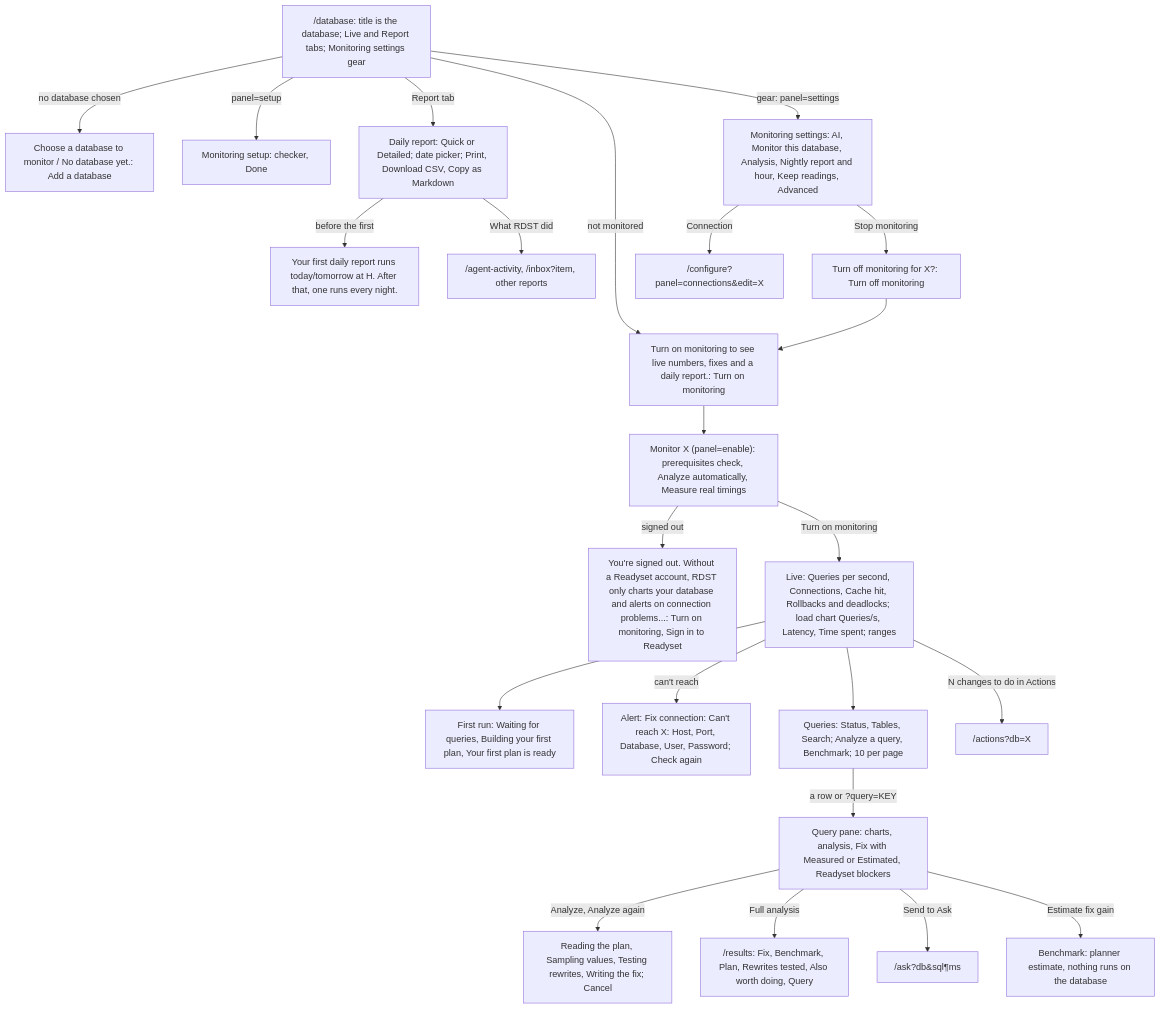
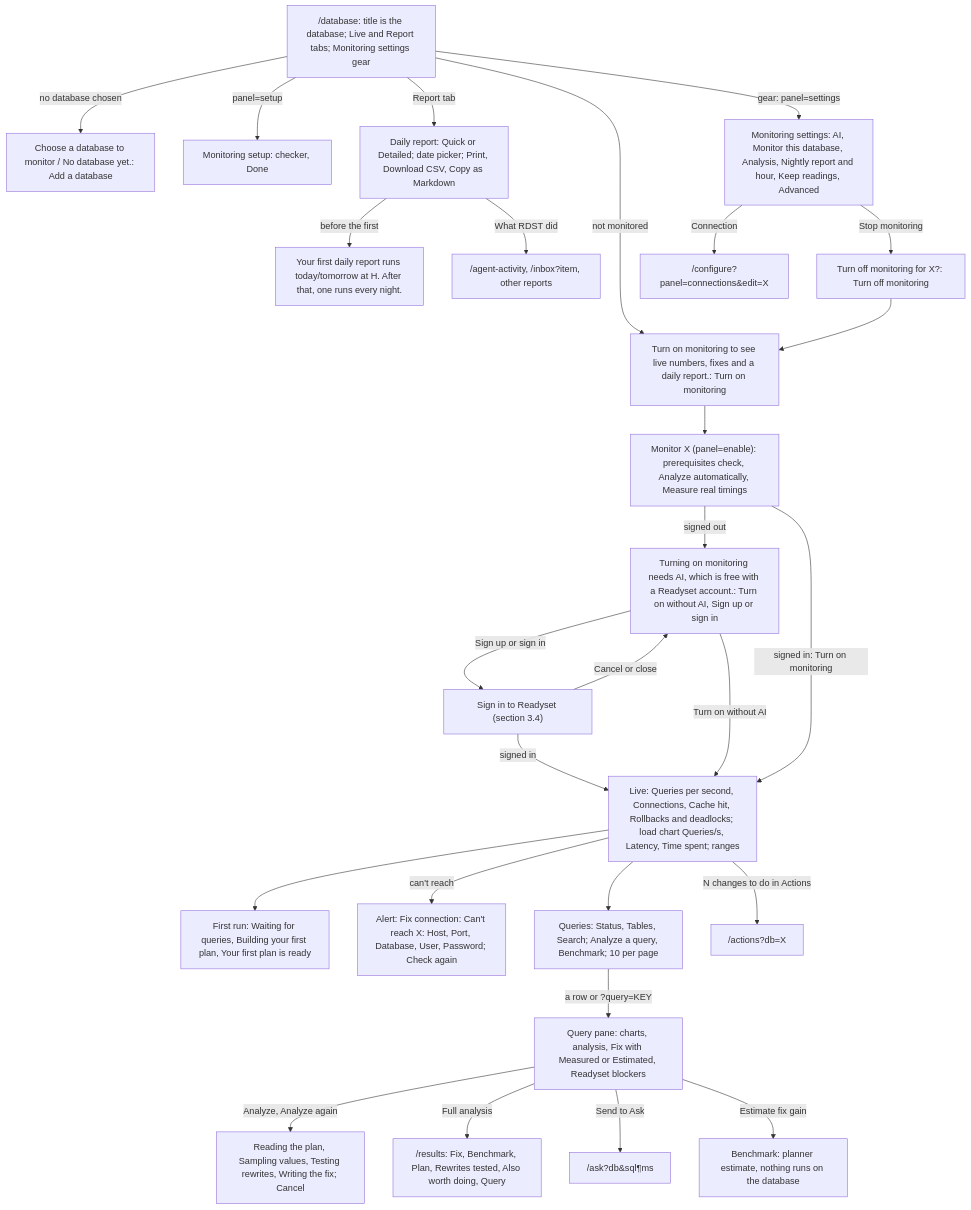
One commit to readysettech/rdst changed diagram 15 of 16 in web/relentless/UX_MAP.md. Above: the diagram before and after it, drawn with Mermaid. The commit also changed other lines of this file and 32 other files, not shown here.

````diff
--- a/web/relentless/UX_MAP.md
+++ b/web/relentless/UX_MAP.md
@@ -569,25 +580,29 @@
 ```mermaid
 flowchart TD
   db["/database: title is the database; Live and Report tabs; Monitoring settings gear"] -->|"no database chosen"| choose["Choose a database to monitor / No database yet.: Add a database"]
   db -->|"not monitored"| off["Turn on monitoring to see live numbers, fixes and a daily report.: Turn on monitoring"]
   off --> enable["Monitor X (panel=enable): prerequisites check, Analyze automatically, Measure real timings"]
-  enable -->|"signed out"| so["You're signed out. Without a Readyset account, RDST only charts your database and alerts on connection problems...: Turn on monitoring, Sign in to Readyset"]
-  enable -->|"Turn on monitoring"| live
+  enable -->|"signed out"| so["Turning on monitoring needs AI, which is free with a Readyset account.: Turn on without AI, Sign up or sign in"]
+  so -->|"Sign up or sign in"| so_dlg["Sign in to Readyset (section 3.4)"]
+  so_dlg -->|"signed in"| live
+  so_dlg -->|"Cancel or close"| so
+  so -->|"Turn on without AI"| live
+  enable -->|"signed in: Turn on monitoring"| live
   db -->|"panel=setup"| setup["Monitoring setup: checker, Done"]
   live["Live: Queries per second, Connections, Cache hit, Rollbacks and deadlocks; load chart Queries/s, Latency, Time spent; ranges"] --> first["First run: Waiting for queries, Building your first plan, Your first plan is ready"]
   live -->|"can't reach"| repair["Alert: Fix connection: Can't reach X: Host, Port, Database, User, Password; Check again"]
   live --> qlist["Queries: Status, Tables, Search; Analyze a query, Benchmark; 10 per page"]
   qlist -->|"a row or ?query=KEY"| detail["Query pane: charts, analysis, Fix with Measured or Estimated, Readyset blockers"]
   detail -->|"Analyze, Analyze again"| analyzing["Reading the plan, Sampling values, Testing rewrites, Writing the fix; Cancel"]
   detail -->|"Full analysis"| results["/results: Fix, Benchmark, Plan, Rewrites tested, Also worth doing, Query"]
   detail -->|"Send to Ask"| ask["/ask?db&sql&params"]
   detail -->|"Estimate fix gain"| bench["Benchmark: planner estimate, nothing runs on the database"]
   live -->|"N changes to do in Actions"| actions["/actions?db=X"]
   db -->|"Report tab"| report["Daily report: Quick or Detailed; date picker; Print, Download CSV, Copy as Markdown"]
   report -->|"before the first"| firstrep["Your first daily report runs today/tomorrow at H. After that, one runs every night."]
   report -->|"What RDST did"| links["/agent-activity, /inbox?item, other reports"]
   db -->|"gear: panel=settings"| pane["Monitoring settings: AI, Monitor this database, Analysis, Nightly report and hour, Keep readings, Advanced"]
   pane -->|"Stop monitoring"| offc["Turn off monitoring for X?: Turn off monitoring"]
   offc --> off
   pane -->|"Connection"| edit["/configure?panel=connections&edit=X"]
 ```
````
